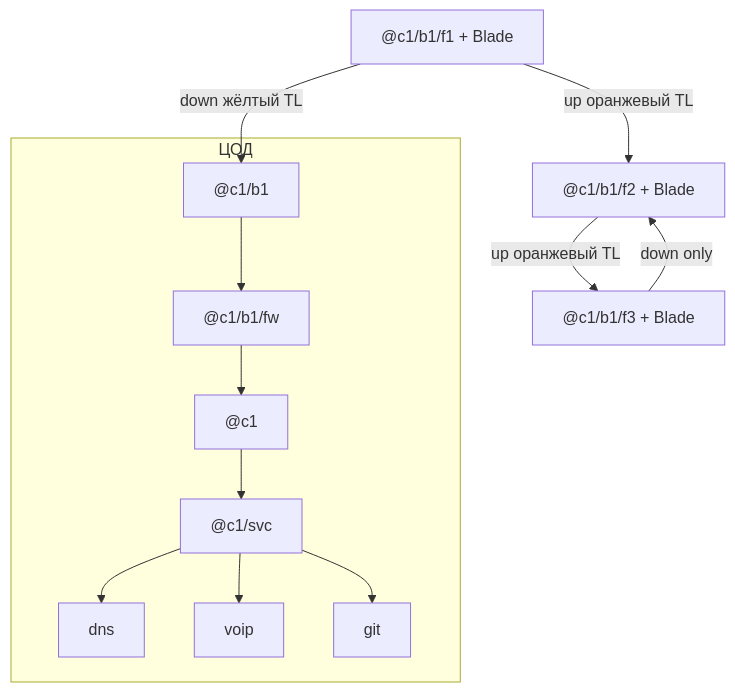
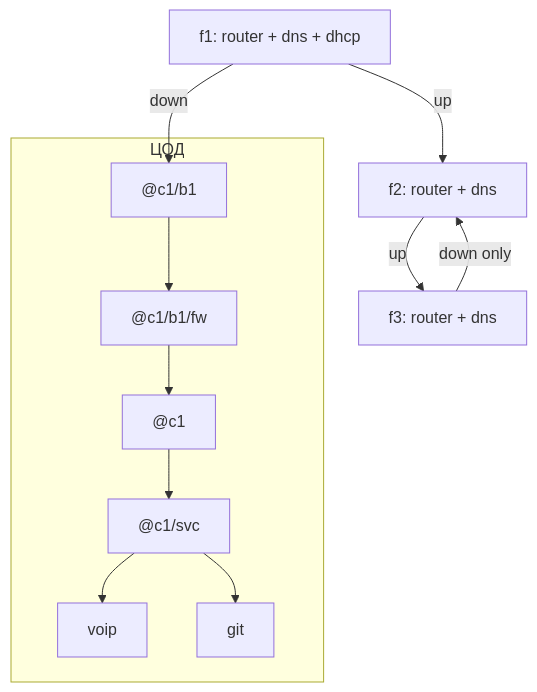
The second of 2 diagrams in guide/tni-day1-starter.md (DefaultUsernameWasAleadyTaken/TNI-ModManager-Plus), drawn with Mermaid before and after one commit. The commit also changed other lines of this file, not shown here.

Commit message:
docs: put block DNS/DHCP on floor 1 and per-floor DNS on 2-3.

````diff
--- a/guide/tni-day1-starter.md
+++ b/guide/tni-day1-starter.md
@@ -255,20 +272,18 @@
 ```mermaid
 flowchart TB
   subgraph dc [ЦОД]
     B1["@c1/b1"]
     FW["@c1/b1/fw"]
     CORE["@c1"]
     SVC["@c1/svc"]
-    DNS["dns"]
     VOIP["voip"]
     GIT["git"]
     B1 --> FW --> CORE --> SVC
-    SVC --> DNS
     SVC --> VOIP
     SVC --> GIT
   end
-  R1["@c1/b1/f1 + Blade"] -->|down жёлтый TL| B1
-  R1 -->|up оранжевый TL| R2["@c1/b1/f2 + Blade"]
-  R2 -->|up оранжевый TL| R3["@c1/b1/f3 + Blade"]
+  R1["f1: router + dns + dhcp"] -->|down| B1
+  R1 -->|up| R2["f2: router + dns"]
+  R2 -->|up| R3["f3: router + dns"]
   R3 -->|down only| R2
 ```
````
